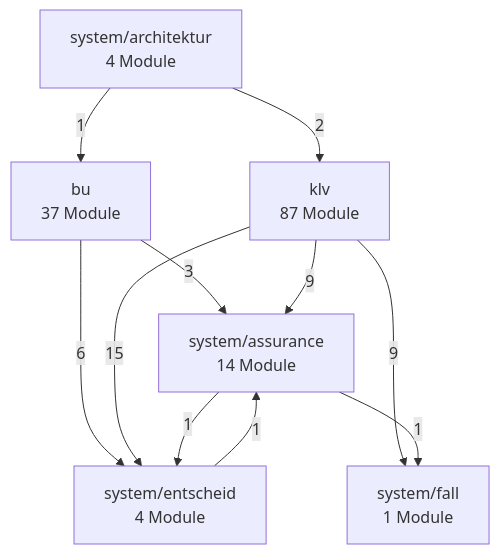
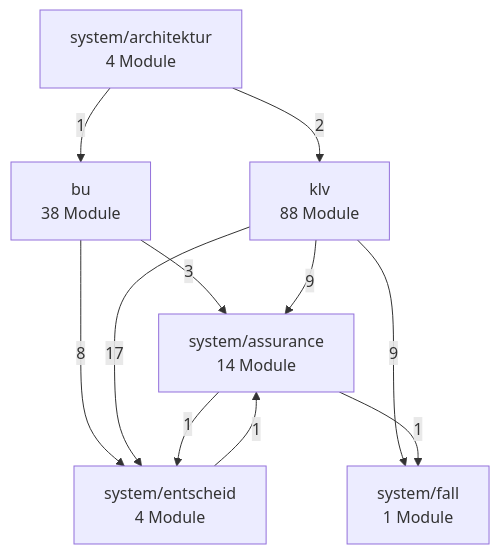
Before and after one commit to bartlmac/rechner-pipeline: the second of 3 diagrams in docs/architektur/landkarte.md, drawn with Mermaid. The commit also changed other lines of this file and 57 other files, not shown here.

````diff
--- a/docs/architektur/landkarte.md
+++ b/docs/architektur/landkarte.md
@@ -78,20 +78,20 @@
 ```mermaid
 %% Fachknoten — erzeugt von ontologie.landkarte
 flowchart TD
-    bu["bu<br/>37 Module"]
-    klv["klv<br/>87 Module"]
+    bu["bu<br/>38 Module"]
+    klv["klv<br/>88 Module"]
     system_architektur["system/architektur<br/>4 Module"]
     system_assurance["system/assurance<br/>14 Module"]
     system_entscheid["system/entscheid<br/>4 Module"]
     system_fall["system/fall<br/>1 Module"]
     bu -- 3 --> system_assurance
-    bu -- 6 --> system_entscheid
+    bu -- 8 --> system_entscheid
     klv -- 9 --> system_assurance
-    klv -- 15 --> system_entscheid
+    klv -- 17 --> system_entscheid
     klv -- 9 --> system_fall
     system_architektur -- 1 --> bu
     system_architektur -- 2 --> klv
     system_assurance -- 1 --> system_entscheid
     system_assurance -- 1 --> system_fall
     system_entscheid -- 1 --> system_assurance
 ```
````
